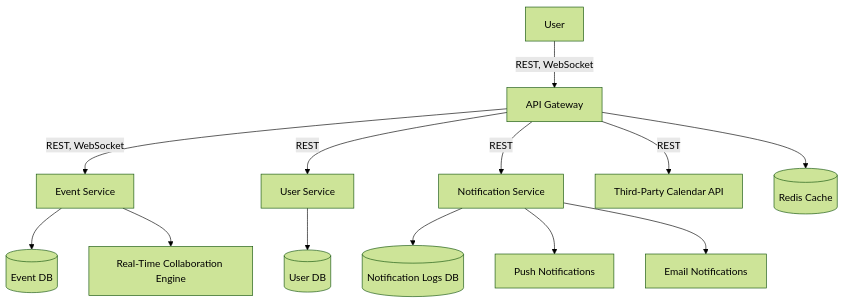
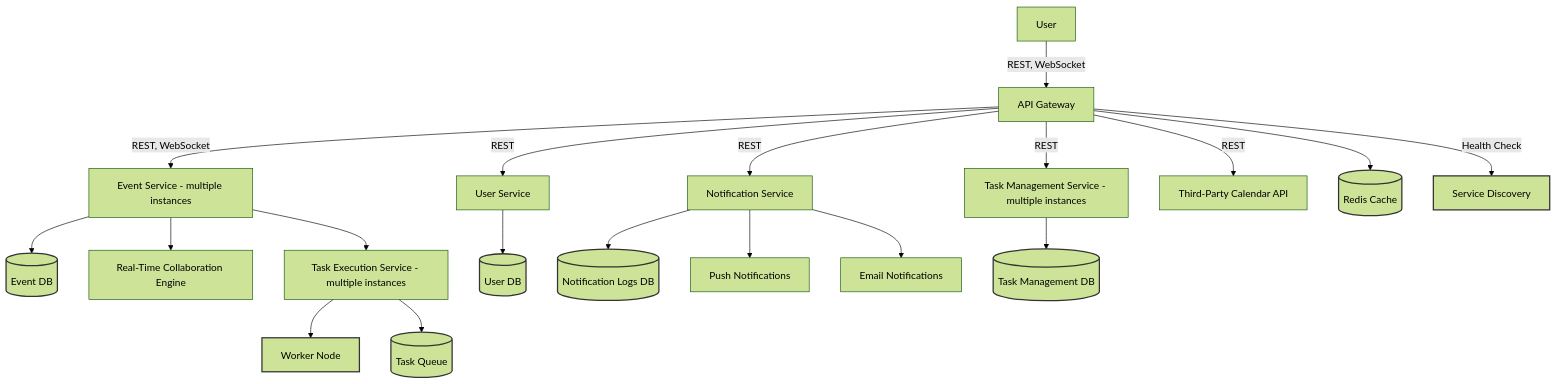
The diagram in README.md (CristianBrinza/event-planning), drawn with Mermaid (forest theme) before and after one commit. The commit also changed other lines of this file, not shown here.

````diff
--- a/README.md
+++ b/README.md
@@ -30,28 +30,55 @@
-```mermaid
-graph TD
+  ```mermaid
+ graph TD
     %% User Interaction
     A[User] -->|REST, WebSocket| B[API Gateway]
 
     %% API Gateway Routes
-    B -->|REST, WebSocket| C[Event Service]
+    B -->|REST, WebSocket| C[Event Service - multiple instances]
     B -->|REST| D[User Service]
     B -->|REST| E[Notification Service]
-
+    B -->|REST| O[Task Management Service - multiple instances]
+    
     %% Event Service
     C --> F[(Event DB)]
     C --> G[Real-Time Collaboration Engine]
+    C --> X[Task Execution Service - multiple instances]
 
     %% User Service
     D --> H[(User DB)]
     
     %% Notification Service
     E --> I[(Notification Logs DB)]
     E --> J[Push Notifications]
     E --> K[Email Notifications]
-
+    
+    %% Task Management
+    O --> Z[(Task Management DB)]
+    
     %% External API Integration
     B -->|REST| L[Third-Party Calendar API]
-
+    
     %% Cache for Optimized Requests
     B --> M[(Redis Cache)]
-```
+
+    %% Service Discovery
+    B -->|Health Check| N[Service Discovery]
+    
+    %% Worker Management
+    X --> Y[Worker Node]
+    X --> P[(Task Queue)]
+
+    %% Databases and Caches
+    F:::database
+    H:::database
+    I:::database
+    Z:::database
+    M:::database
+    N:::service
+    P:::queue
+    Y:::worker
+    classDef database stroke:#333,stroke-width:2px
+    classDef queue stroke:#333,stroke-width:2px
+    classDef worker stroke:#333,stroke-width:2px
+    classDef service stroke:#333,stroke-width:2px
+      
+  ```
````
